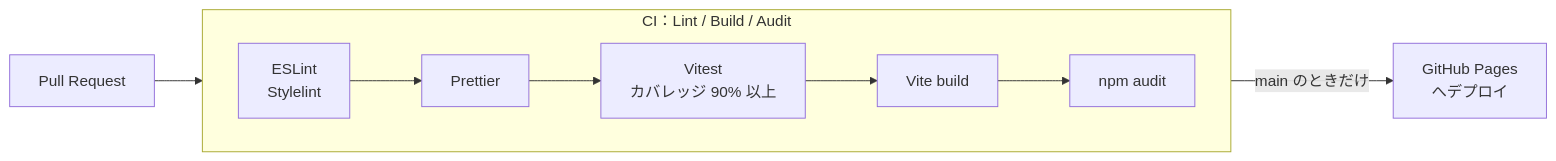
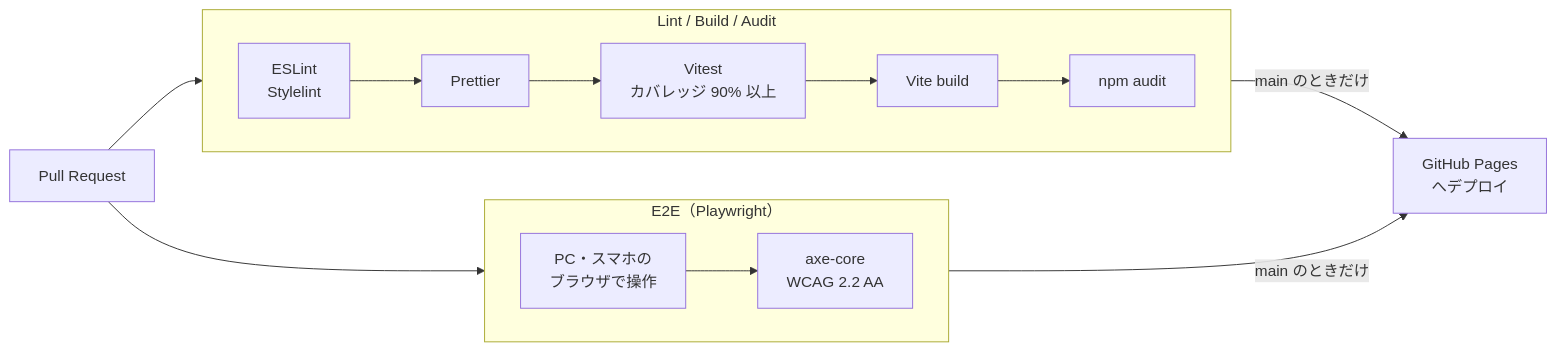
The diagram in README.md (KoichiKurita/Sass-Portfolio), drawn with Mermaid before and after one commit. The commit also changed other lines of this file, not shown here.

````diff
--- a/README.md
+++ b/README.md
@@ -115,9 +115,13 @@
 ```mermaid
 flowchart LR
-  PR[Pull Request] --> CI
-  subgraph CI[CI：Lint / Build / Audit]
+  PR[Pull Request] --> CI & E2E
+  subgraph CI[Lint / Build / Audit]
     direction LR
     L[ESLint<br>Stylelint] --> F[Prettier] --> T[Vitest<br>カバレッジ 90% 以上] --> B[Vite build] --> A[npm audit]
   end
-  CI -->|main のときだけ| D[GitHub Pages<br>へデプロイ]
+  subgraph E2E[E2E（Playwright）]
+    direction LR
+    P[PC・スマホの<br>ブラウザで操作] --> X[axe-core<br>WCAG 2.2 AA]
+  end
+  CI & E2E -->|main のときだけ| D[GitHub Pages<br>へデプロイ]
 ```
````
